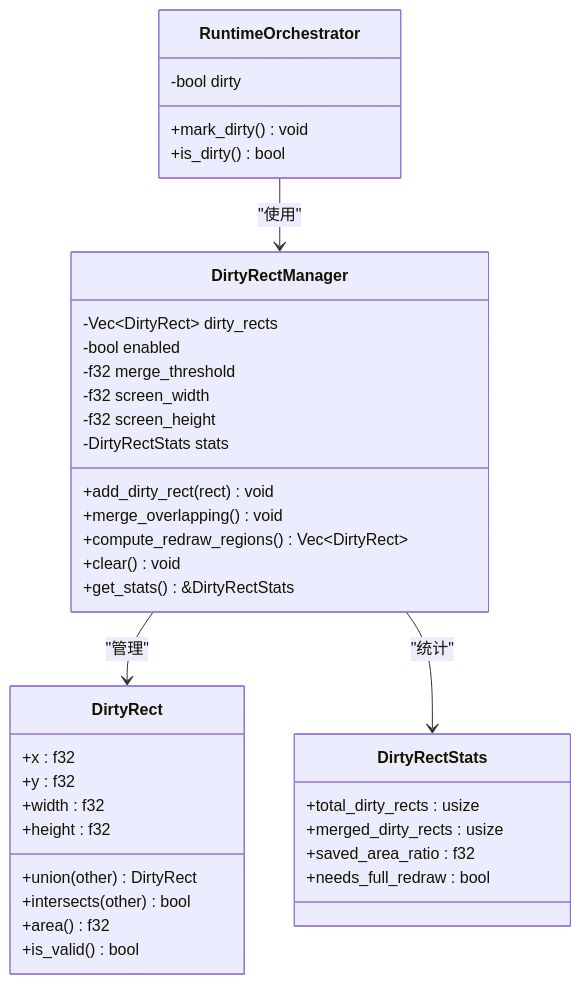
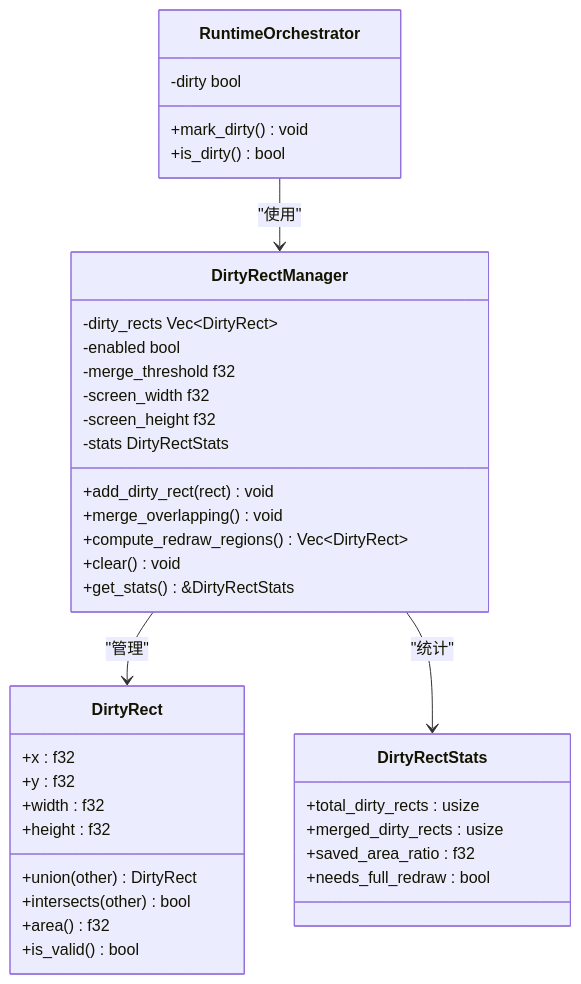
Before and after one commit to itszzl-sudo/iris: diagram 13 of 15 in .qoder/repowiki/zh/content/技术架构详解/整体架构设计/Iris运行时协调器.md, drawn with Mermaid. The commit also changed other lines of this file and 9 other files, not shown here.

````diff
--- a/.qoder/repowiki/zh/content/技术架构详解/整体架构设计/Iris运行时协调器.md
+++ b/.qoder/repowiki/zh/content/技术架构详解/整体架构设计/Iris运行时协调器.md
@@ -827,40 +1247,40 @@
 ```mermaid
 classDiagram
 class RuntimeOrchestrator {
--bool dirty
+-dirty bool
 +mark_dirty() void
 +is_dirty() bool
 }
 class DirtyRectManager {
--Vec~DirtyRect~ dirty_rects
--bool enabled
--f32 merge_threshold
--f32 screen_width
--f32 screen_height
--DirtyRectStats stats
+-dirty_rects Vec~DirtyRect~
+-enabled bool
+-merge_threshold f32
+-screen_width f32
+-screen_height f32
+-stats DirtyRectStats
 +add_dirty_rect(rect) void
 +merge_overlapping() void
 +compute_redraw_regions() Vec~DirtyRect~
 +clear() void
 +get_stats() &DirtyRectStats
 }
 class DirtyRect {
 +x : f32
 +y : f32
 +width : f32
 +height : f32
 +union(other) DirtyRect
 +intersects(other) bool
 +area() f32
 +is_valid() bool
 }
 class DirtyRectStats {
 +total_dirty_rects : usize
 +merged_dirty_rects : usize
 +saved_area_ratio : f32
 +needs_full_redraw : bool
 }
 RuntimeOrchestrator --> DirtyRectManager : "使用"
 DirtyRectManager --> DirtyRect : "管理"
 DirtyRectManager --> DirtyRectStats : "统计"
 ```
````
